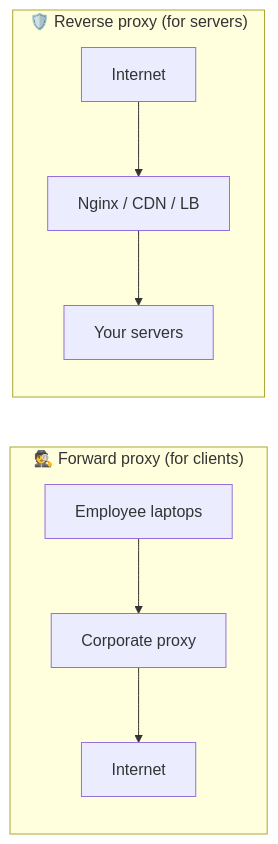
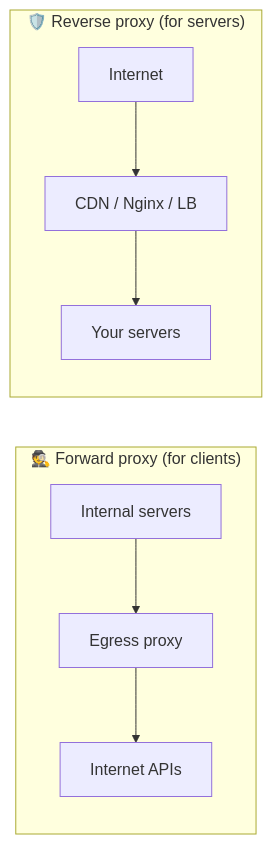
One commit to winnyboy5/System-Design-from-Atoms changed the second of 2 diagrams in phases/03-scaling-basics/021-l4-l7-and-proxies.md. Above: the diagram before and after it, drawn with Mermaid. The commit also changed other lines of this file and 9 other files, not shown here.

````diff
--- a/phases/03-scaling-basics/021-l4-l7-and-proxies.md
+++ b/phases/03-scaling-basics/021-l4-l7-and-proxies.md
@@ -45,9 +53,9 @@
 ```mermaid
 flowchart LR
     subgraph Forward["🕵️ Forward proxy (for clients)"]
-        E1["Employee laptops"] --> FP["Corporate proxy"] --> I1["Internet"]
+        E1["Internal servers"] --> FP["Egress proxy"] --> I1["Internet APIs"]
     end
     subgraph Reverse["🛡️ Reverse proxy (for servers)"]
-        I2["Internet"] --> RP["Nginx / CDN / LB"] --> S["Your servers"]
+        I2["Internet"] --> RP["CDN / Nginx / LB"] --> S["Your servers"]
     end
 ```
````
